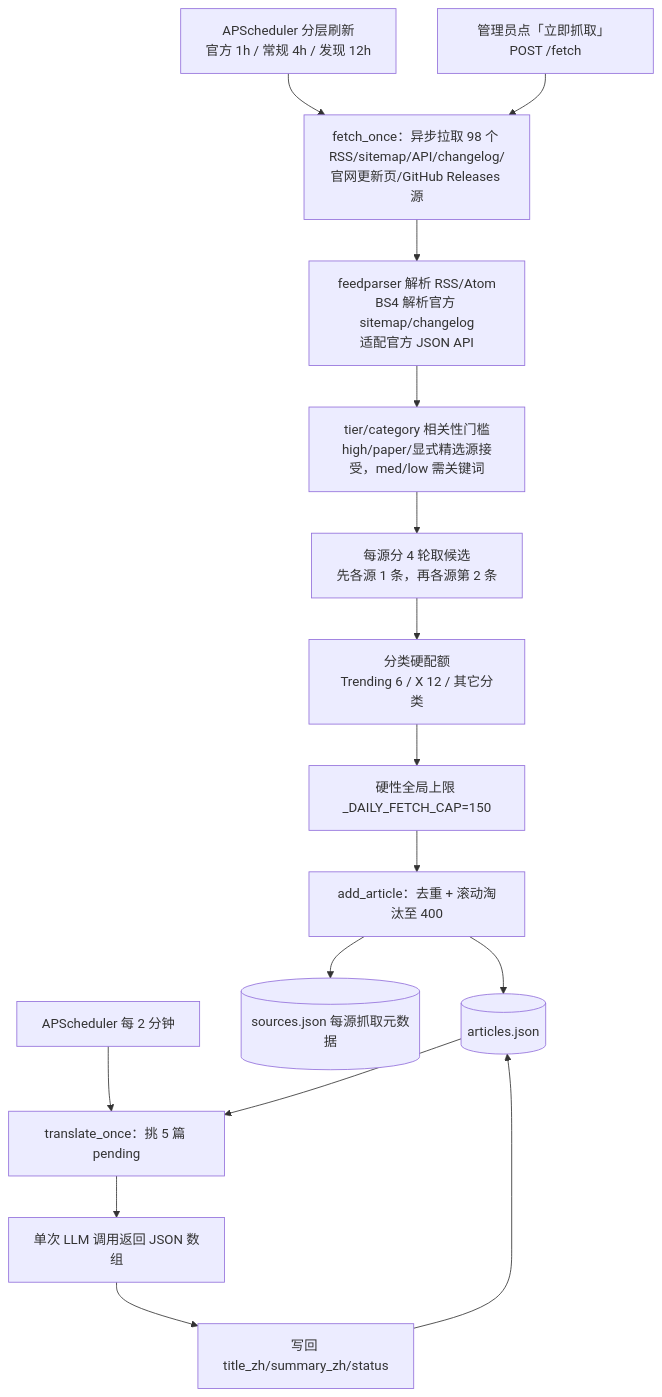
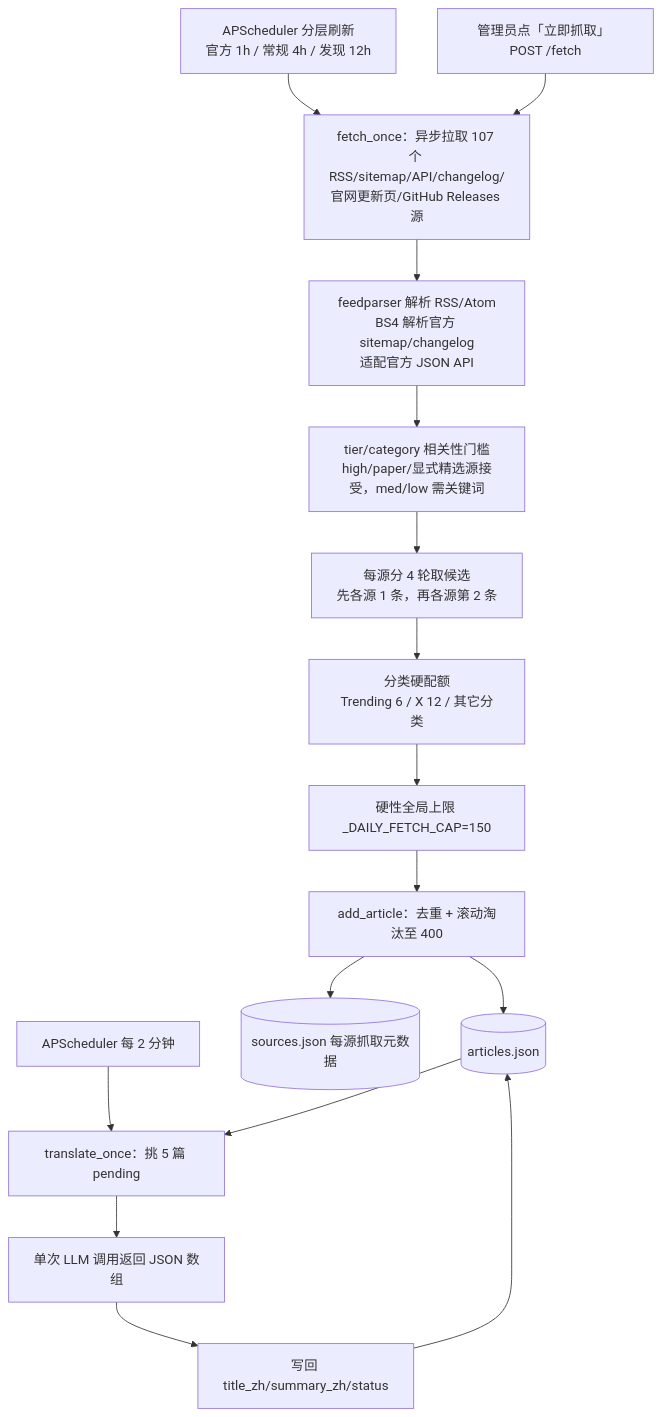
One commit to nikefd/ai-frontier-agent changed the diagram in llmdoc/architecture/rss-pipeline-architecture.md. Above: the diagram before and after it, drawn with Mermaid. The commit also changed other lines of this file and 10 other files, not shown here.

````diff
--- a/llmdoc/architecture/rss-pipeline-architecture.md
+++ b/llmdoc/architecture/rss-pipeline-architecture.md
@@ -10,20 +10,20 @@
 ```mermaid
 flowchart TD
   cron[APScheduler 分层刷新<br/>官方 1h / 常规 4h / 发现 12h] --> fetch
   manual[管理员点「立即抓取」 POST /fetch] --> fetch
-  fetch[fetch_once：异步拉取 98 个 RSS/sitemap/API/changelog/官网更新页/GitHub Releases 源]
+  fetch[fetch_once：异步拉取 107 个 RSS/sitemap/API/changelog/官网更新页/GitHub Releases 源]
   fetch --> parse[feedparser 解析 RSS/Atom<br/>BS4 解析官方 sitemap/changelog<br/>适配官方 JSON API]
   parse --> gate[tier/category 相关性门槛<br/>high/paper/显式精选源接受，med/low 需关键词]
   gate --> rounds[每源分 4 轮取候选<br/>先各源 1 条，再各源第 2 条]
   rounds --> category[分类硬配额<br/>Trending 6 / X 12 / 其它分类]
   category --> global[硬性全局上限 _DAILY_FETCH_CAP=150]
   global --> store[add_article：去重 + 滚动淘汰至 400]
   store --> articles[(articles.json)]
   store --> meta[(sources.json 每源抓取元数据)]
 
   tick[APScheduler 每 2 分钟] --> trans[translate_once：挑 5 篇 pending]
   articles --> trans
   trans --> llm[单次 LLM 调用返回 JSON 数组]
   llm --> writeback[写回 title_zh/summary_zh/status]
   writeback --> articles
 ```
````
